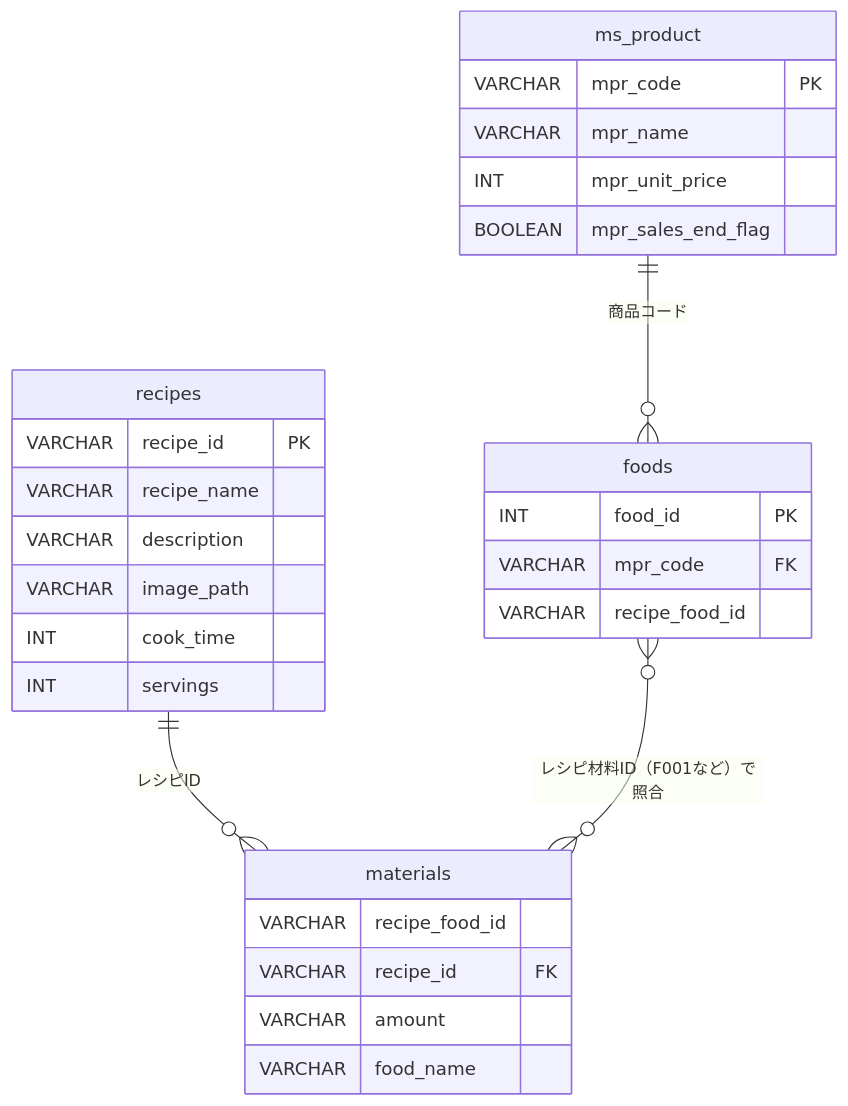
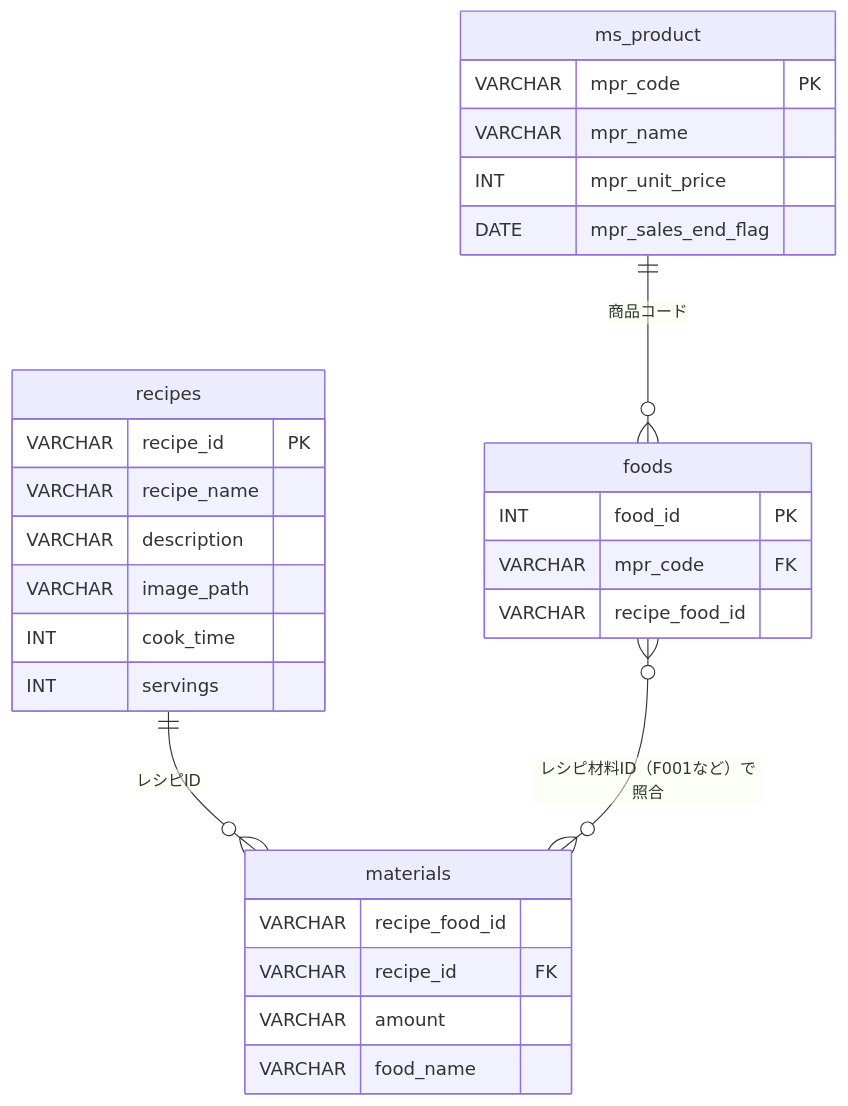
Before and after one commit to imaccho/recipe-db: the fourth of 4 diagrams in docs/仕様書.md, drawn with Mermaid. The commit also changed other lines of this file and 2 other files, not shown here.

````diff
--- a/docs/仕様書.md
+++ b/docs/仕様書.md
@@ -534,32 +535,32 @@
 ```mermaid
 erDiagram
     ms_product ||--o{ foods : "商品コード"
     recipes ||--o{ materials : "レシピID"
     foods }o--o{ materials : "レシピ材料ID（F001など）で照合"
 
     ms_product {
         VARCHAR mpr_code PK
         VARCHAR mpr_name
         INT mpr_unit_price
-        BOOLEAN mpr_sales_end_flag
+        DATE mpr_sales_end_flag
     }
     foods {
         INT food_id PK
         VARCHAR mpr_code FK
         VARCHAR recipe_food_id
     }
     recipes {
         VARCHAR recipe_id PK
         VARCHAR recipe_name
         VARCHAR description
         VARCHAR image_path
         INT cook_time
         INT servings
     }
     materials {
         VARCHAR recipe_food_id
         VARCHAR recipe_id FK
         VARCHAR amount
         VARCHAR food_name
     }
 ```
````
